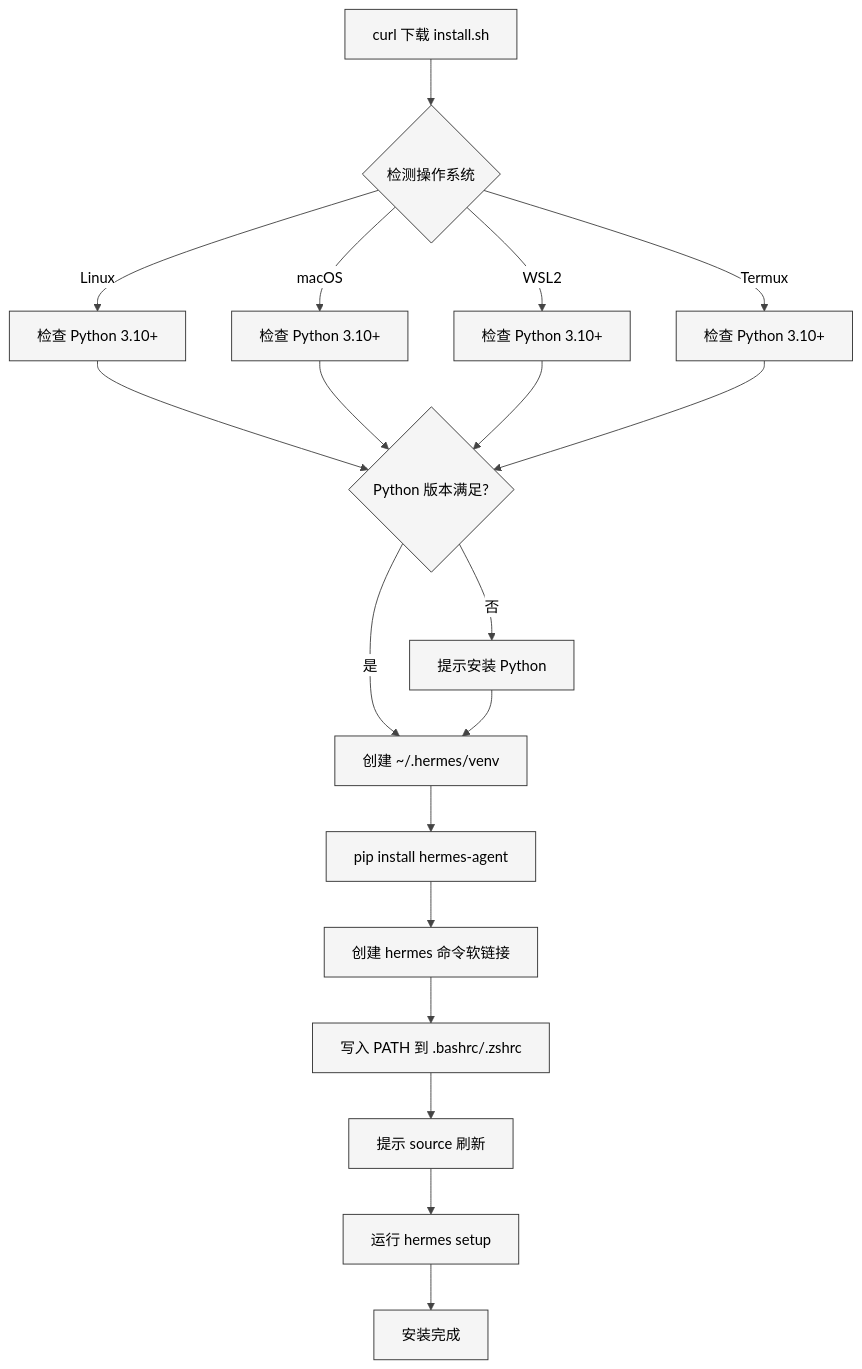
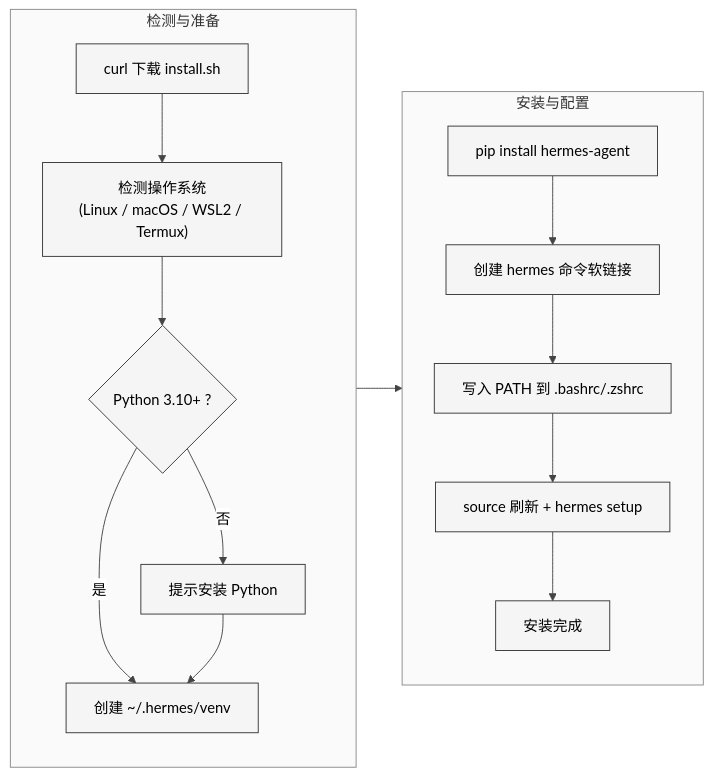
One commit to xiaonancs/hermes-agent-study changed the first of 4 diagrams in Part I 原理与使用/03-初级使用方法.md. Above: the diagram before and after it, drawn with Mermaid. The commit also changed other lines of this file and 32 other files, not shown here.

First line of the commit message:
Mermaid 图表修复：白色背景板 + 长宽比优化

````diff
--- a/Part I 原理与使用/03-初级使用方法.md
+++ b/Part I 原理与使用/03-初级使用方法.md
@@ -17,22 +17,20 @@
 ```mermaid
 %%{init: {'theme': 'neutral', 'themeVariables': {'background': '#ffffff', 'primaryColor': '#f5f5f5', 'primaryTextColor': '#000000', 'primaryBorderColor': '#333333', 'lineColor': '#444444', 'textColor': '#000000', 'mainBkg': '#f5f5f5', 'nodeBorder': '#333333', 'clusterBkg': '#fafafa', 'clusterBorder': '#888888', 'edgeLabelBackground': '#ffffff'}}}%%
-flowchart TD
-    START["curl 下载 install.sh"] --> DETECT{"检测操作系统"}
-    DETECT -->|"Linux"| LINUX["检查 Python 3.10+"]
-    DETECT -->|"macOS"| MACOS["检查 Python 3.10+"]
-    DETECT -->|"WSL2"| WSL["检查 Python 3.10+"]
-    DETECT -->|"Termux"| TERMUX["检查 Python 3.10+"]
-    LINUX --> PYCHECK{"Python 版本满足?"}
-    MACOS --> PYCHECK
-    WSL --> PYCHECK
-    TERMUX --> PYCHECK
-    PYCHECK -->|"否"| INSTALL_PY["提示安装 Python"]
-    PYCHECK -->|"是"| VENV["创建 ~/.hermes/venv"]
-    INSTALL_PY --> VENV
-    VENV --> PIP["pip install hermes-agent"]
-    PIP --> SYMLINK["创建 hermes 命令软链接"]
-    SYMLINK --> PATHRC["写入 PATH 到 .bashrc/.zshrc"]
-    PATHRC --> RELOAD["提示 source 刷新"]
-    RELOAD --> SETUP["运行 hermes setup"]
-    SETUP --> DONE["安装完成"]
+flowchart LR
+    subgraph phase1 ["检测与准备"]
+        direction TB
+        START["curl 下载 install.sh"] --> DETECT["检测操作系统<br/>(Linux / macOS / WSL2 / Termux)"]
+        DETECT --> PYCHECK{"Python 3.10+ ?"}
+        PYCHECK -->|"否"| INSTALL_PY["提示安装 Python"]
+        PYCHECK -->|"是"| VENV["创建 ~/.hermes/venv"]
+        INSTALL_PY --> VENV
+    end
+    subgraph phase2 ["安装与配置"]
+        direction TB
+        PIP["pip install hermes-agent"] --> SYMLINK["创建 hermes 命令软链接"]
+        SYMLINK --> PATHRC["写入 PATH 到 .bashrc/.zshrc"]
+        PATHRC --> SETUP["source 刷新 + hermes setup"]
+        SETUP --> DONE["安装完成"]
+    end
+    VENV --> PIP
 ```
````
